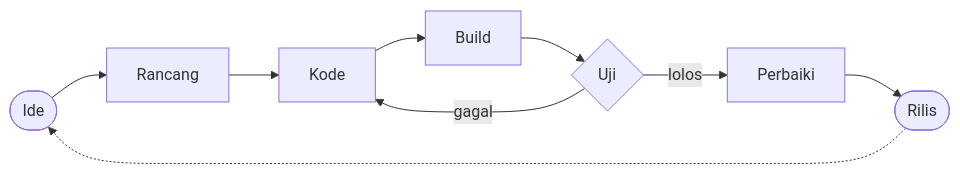
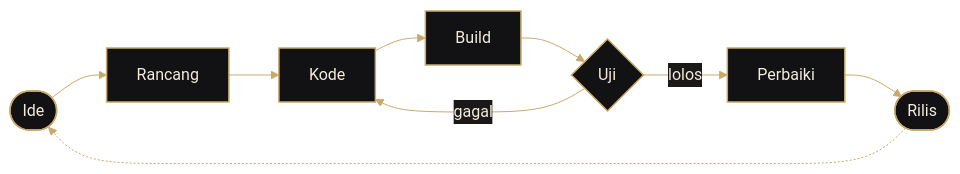
One commit to AboutDev-Nicho/AboutDev-Nicho changed the diagram in README.md. Above: the diagram before and after it, drawn with Mermaid. The commit also changed other lines of this file, not shown here.

````diff
--- a/README.md
+++ b/README.md
@@ -738,11 +824,14 @@
 ```mermaid
+%%{init: {'theme':'base','themeVariables':{'primaryColor':'#121214','primaryTextColor':'#F2ECDF','primaryBorderColor':'#C8A96A','lineColor':'#C8A96A','secondaryColor':'#1A1917','tertiaryColor':'#0B0B0D','fontFamily':'Georgia,serif'}}}%%
 flowchart LR
     A([Ide]) --> B[Rancang]
     B --> C[Kode]
     C --> D[Build]
     D --> E{Uji}
     E -- gagal --> C
     E -- lolos --> F[Perbaiki]
     F --> G([Rilis])
     G -.-> A
+    classDef g fill:#121214,stroke:#C8A96A,color:#F2ECDF,stroke-width:1.5px
+    class A,B,C,D,E,F,G g
 ```
````
